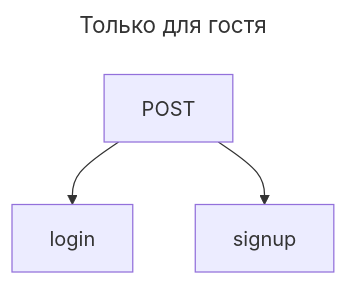
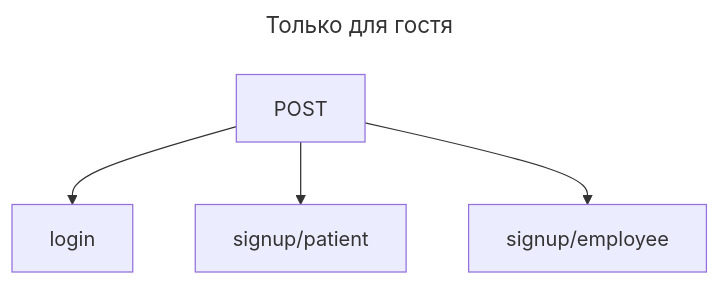
One commit to TheWitcher1991/hospital-next-js-django changed the first of 2 diagrams in backend/docs/shared.api.md. Above: the diagram before and after it, drawn with Mermaid. The commit also changed other lines of this file and 22 other files, not shown here.

Commit message:
update schemas, add core and patient services and api

````diff
--- a/backend/docs/shared.api.md
+++ b/backend/docs/shared.api.md
@@ -3,8 +3,9 @@
 ```mermaid
 ---
 title: Только для гостя
 ---
 flowchart TD
     POST --> login
-    POST --> signup
+    POST --> signup/patient
+    POST --> signup/employee
 ```
````
